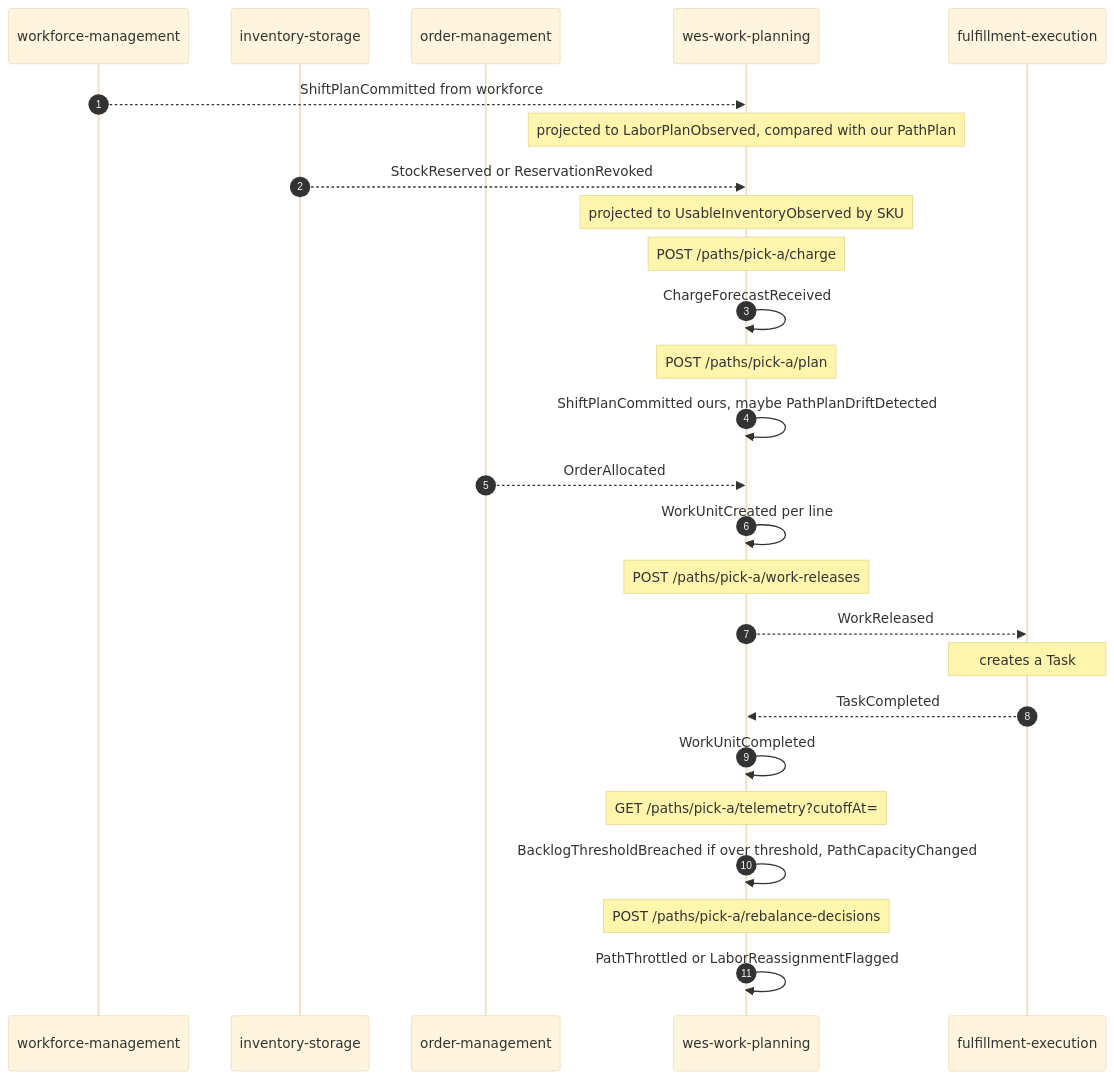
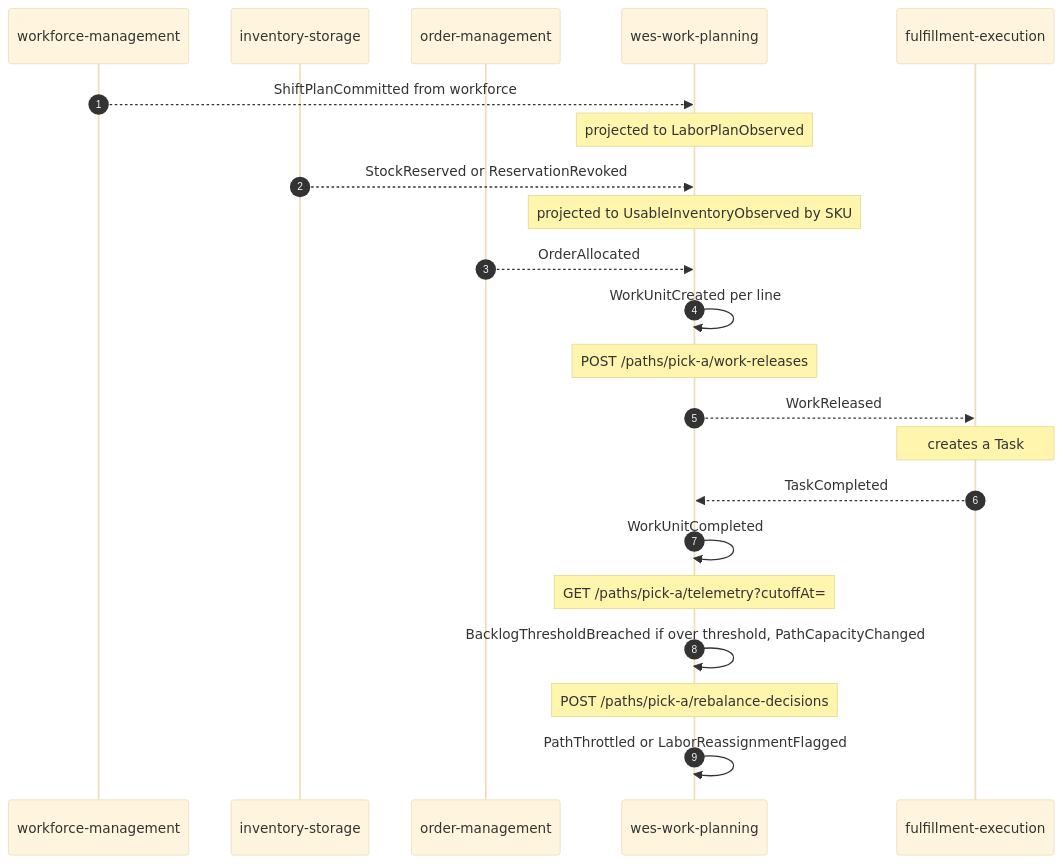
One commit to IQVO/wes-work-planning changed the diagram in docs/docs/ddd/domain-events.md. Above: the diagram before and after it, drawn with Mermaid (base theme). The commit also changed other lines of this file and 9 other files, not shown here.

````diff
--- a/docs/docs/ddd/domain-events.md
+++ b/docs/docs/ddd/domain-events.md
@@ -99,29 +104,25 @@
 ```mermaid
 sequenceDiagram
     autonumber
     participant WM as workforce-management
     participant INV as inventory-storage
     participant OM as order-management
     participant WES as wes-work-planning
     participant FE as fulfillment-execution
 
     WM-->>WES: ShiftPlanCommitted from workforce
-    Note over WES: projected to LaborPlanObserved, compared with our PathPlan
+    Note over WES: projected to LaborPlanObserved
     INV-->>WES: StockReserved or ReservationRevoked
     Note over WES: projected to UsableInventoryObserved by SKU
-    Note over WES: POST /paths/pick-a/charge
-    WES->>WES: ChargeForecastReceived
-    Note over WES: POST /paths/pick-a/plan
-    WES->>WES: ShiftPlanCommitted ours, maybe PathPlanDriftDetected
     OM-->>WES: OrderAllocated
     WES->>WES: WorkUnitCreated per line
     Note over WES: POST /paths/pick-a/work-releases
     WES-->>FE: WorkReleased
     Note over FE: creates a Task
     FE-->>WES: TaskCompleted
     WES->>WES: WorkUnitCompleted
     Note over WES: GET /paths/pick-a/telemetry?cutoffAt=
     WES->>WES: BacklogThresholdBreached if over threshold, PathCapacityChanged
     Note over WES: POST /paths/pick-a/rebalance-decisions
     WES->>WES: PathThrottled or LaborReassignmentFlagged
 ```
````
